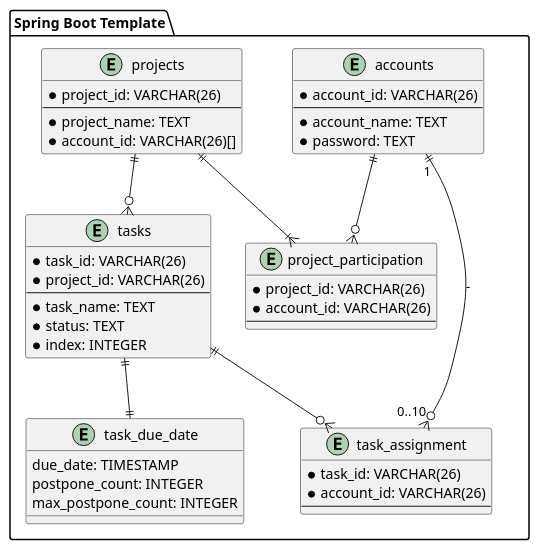
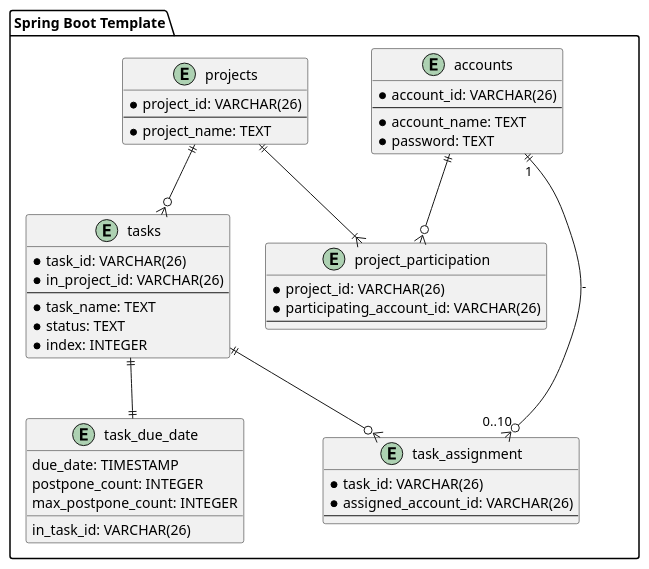
Before and after one commit to ORIKAMIxNEP/playground: the diagram in uml/entity-relationship.puml, drawn with PlantUML.

```diff
--- a/uml/entity-relationship.puml
+++ b/uml/entity-relationship.puml
@@ -1,54 +1,54 @@
 @startuml
 package "Spring Boot Template" {
   entity accounts {
     * account_id: VARCHAR(26)
     --
     * account_name: TEXT
     * password: TEXT
   }
 
   entity projects {
     * project_id: VARCHAR(26)
     --
     * project_name: TEXT
-    * account_id: VARCHAR(26)[]
   }
 
   entity project_participation {
     * project_id: VARCHAR(26)
-    * account_id: VARCHAR(26)
+    * participating_account_id: VARCHAR(26)
     --
   }
 
   accounts ||--o{ project_participation
   projects ||--|{ project_participation
 
   entity tasks {
     * task_id: VARCHAR(26)
-    * project_id: VARCHAR(26)
+    * in_project_id: VARCHAR(26)
     --
     * task_name: TEXT
     * status: TEXT
     * index: INTEGER
   }
 
   projects ||--o{ tasks
 
   entity task_assignment {
     * task_id: VARCHAR(26)
-    * account_id: VARCHAR(26)
+    * assigned_account_id: VARCHAR(26)
     --
   }
 
   accounts ||--o{ task_assignment: "1" - "0..10"
   tasks ||--o{ task_assignment
 
   entity task_due_date {
+    in_task_id: VARCHAR(26)
     due_date: TIMESTAMP
     postpone_count: INTEGER
     max_postpone_count: INTEGER
   }
 
   tasks ||--|| task_due_date
 }
 @enduml
```
